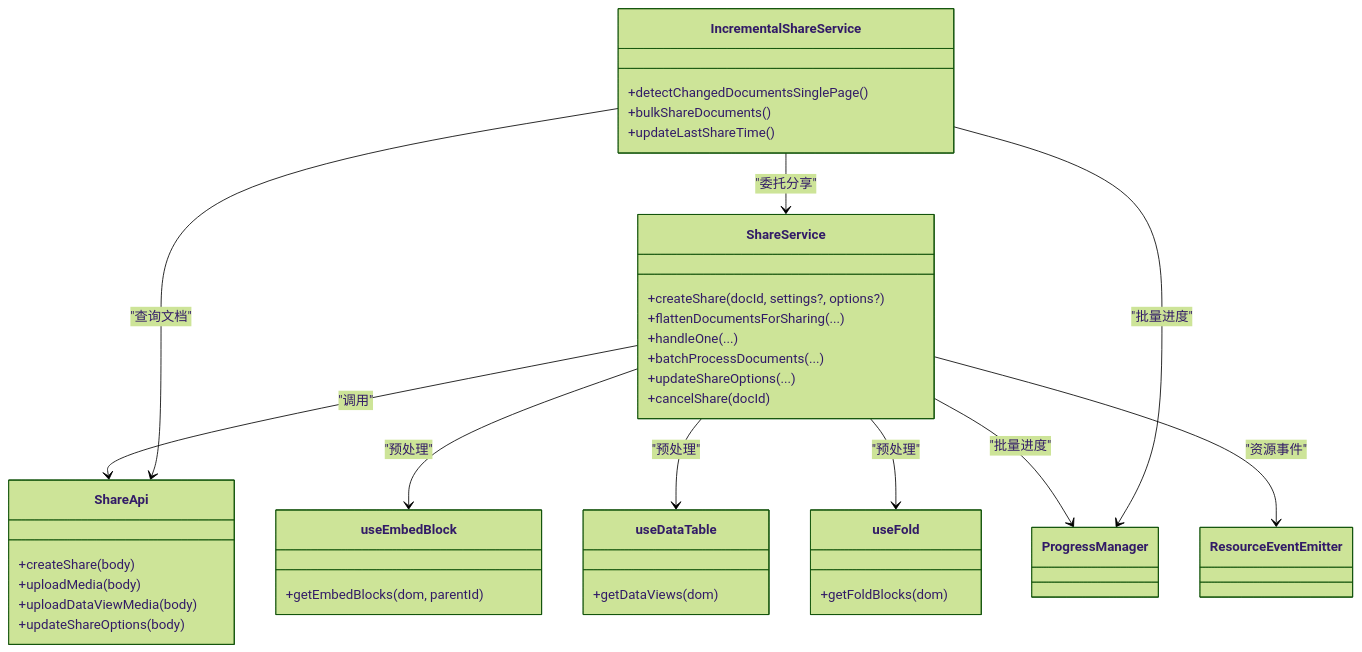
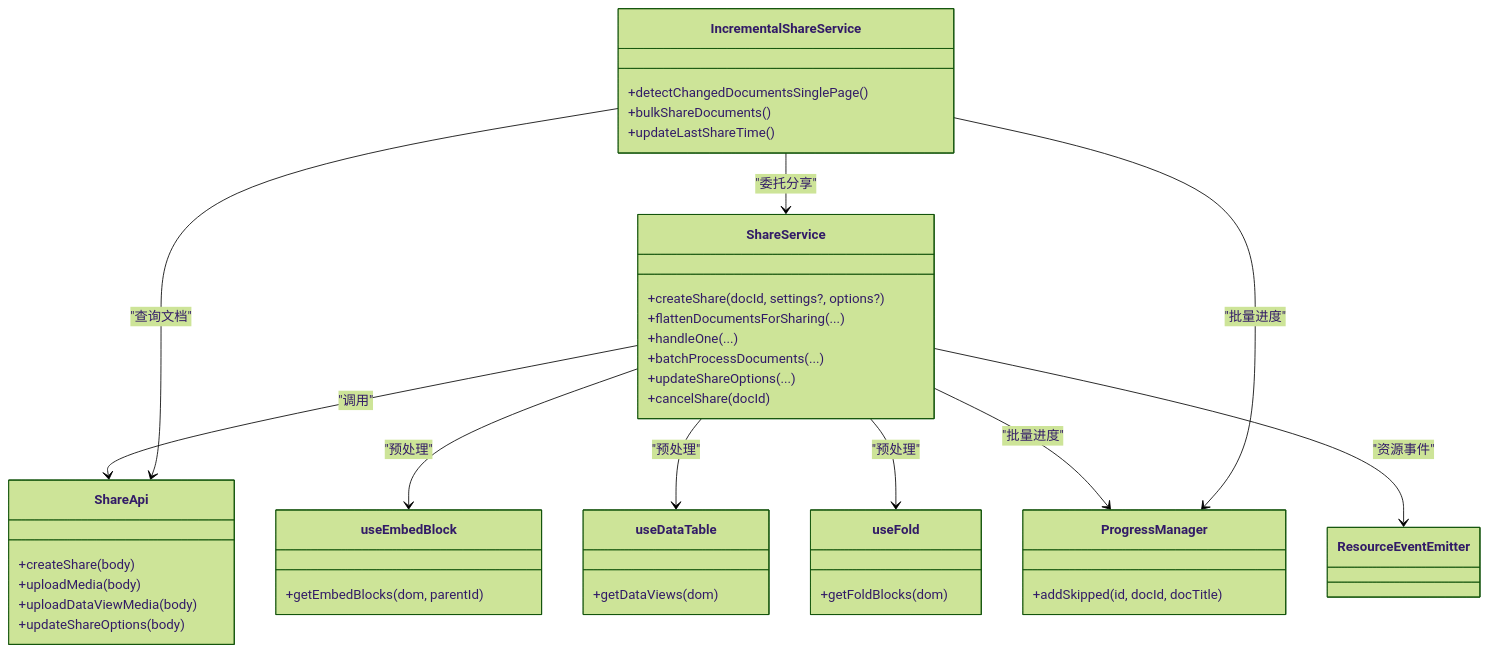
The third of 3 diagrams in .qoder/repowiki/zh/content/架构设计/服务层架构/分享服务 (ShareService).md (terwerinc/siyuan-plugin-share-pro), drawn with Mermaid (forest theme) before and after one commit. The commit also changed other lines of this file and 7 other files, not shown here.

````diff
--- a/.qoder/repowiki/zh/content/架构设计/服务层架构/分享服务 (ShareService).md
+++ b/.qoder/repowiki/zh/content/架构设计/服务层架构/分享服务 (ShareService).md
@@ -313,42 +326,44 @@
 ```mermaid
 classDiagram
 class ShareService {
 +createShare(docId, settings?, options?)
 +flattenDocumentsForSharing(...)
 +handleOne(...)
 +batchProcessDocuments(...)
 +updateShareOptions(...)
 +cancelShare(docId)
 }
 class IncrementalShareService {
 +detectChangedDocumentsSinglePage()
 +bulkShareDocuments()
 +updateLastShareTime()
 }
 class ShareApi {
 +createShare(body)
 +uploadMedia(body)
 +uploadDataViewMedia(body)
 +updateShareOptions(body)
 }
 class useEmbedBlock {
 +getEmbedBlocks(dom, parentId)
 }
 class useDataTable {
 +getDataViews(dom)
 }
 class useFold {
 +getFoldBlocks(dom)
 }
-class ProgressManager
+class ProgressManager {
++addSkipped(id, docId, docTitle)
+}
 class ResourceEventEmitter
 ShareService --> ShareApi : "调用"
 ShareService --> useEmbedBlock : "预处理"
 ShareService --> useDataTable : "预处理"
 ShareService --> useFold : "预处理"
 ShareService --> ProgressManager : "批量进度"
 ShareService --> ResourceEventEmitter : "资源事件"
 IncrementalShareService --> ShareService : "委托分享"
 IncrementalShareService --> ShareApi : "查询文档"
 IncrementalShareService --> ProgressManager : "批量进度"
 ```
````
